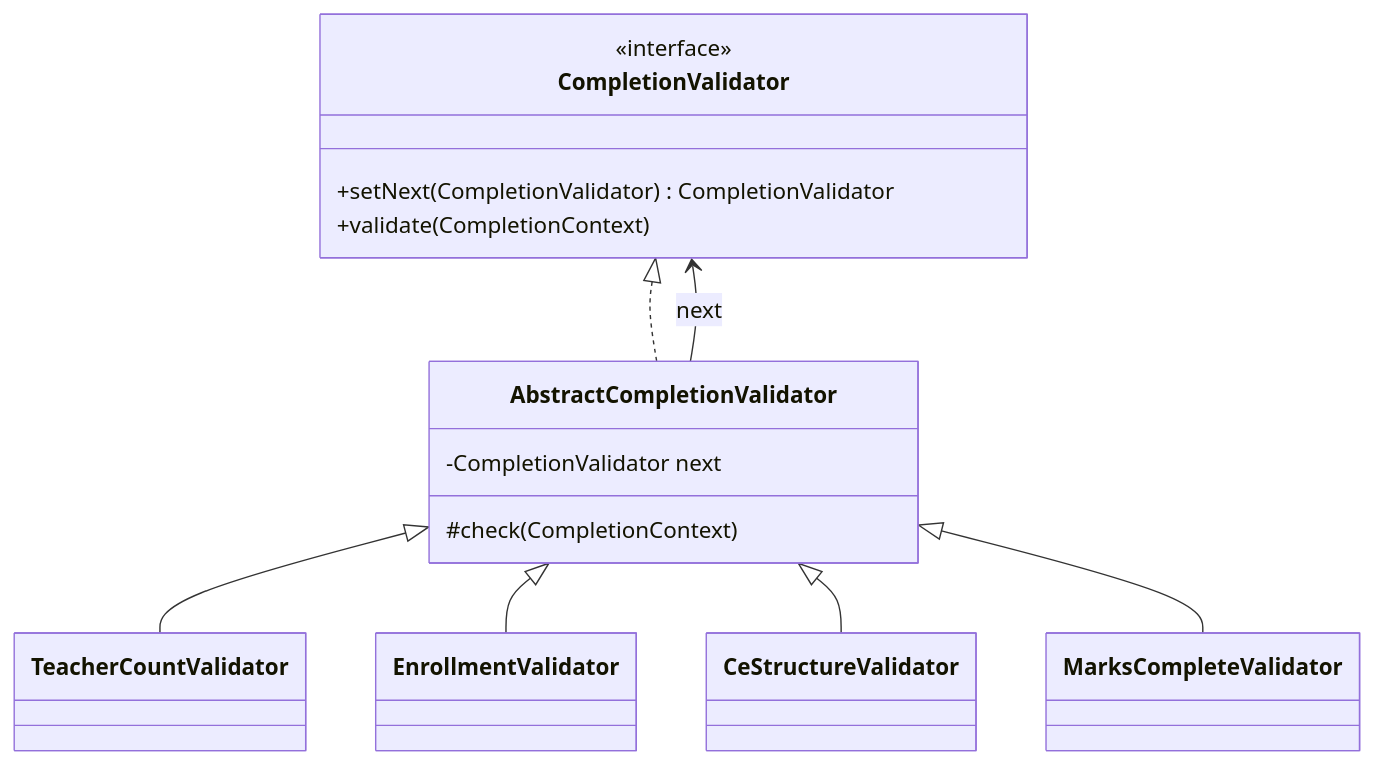
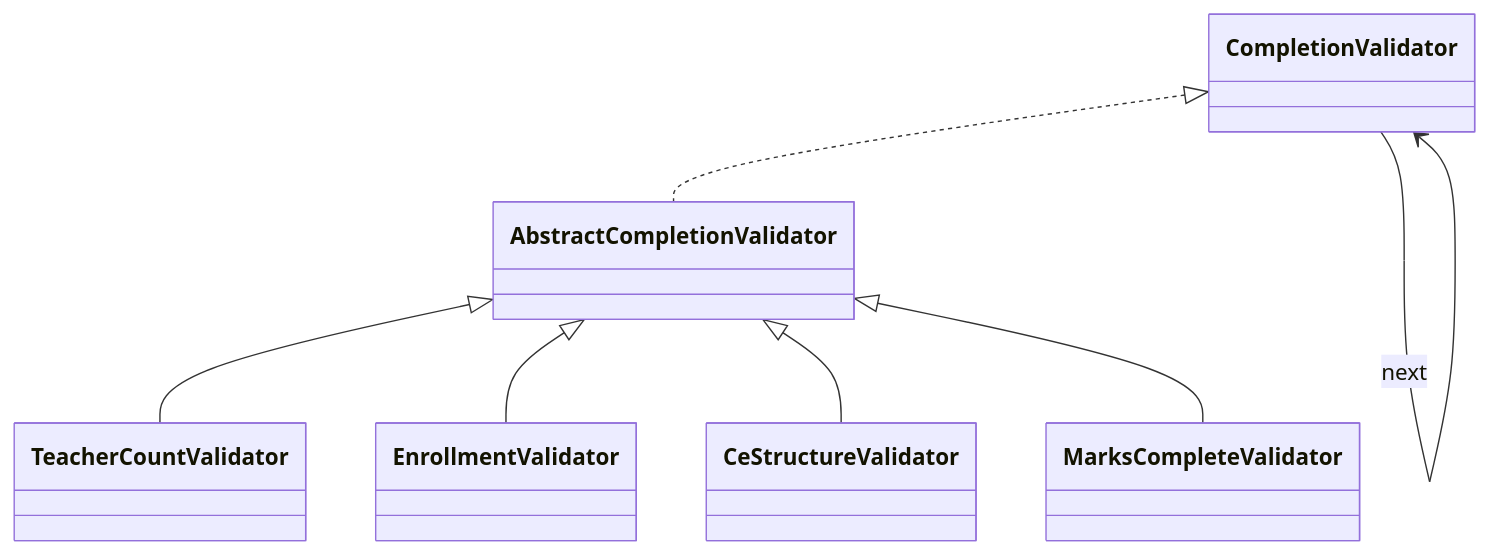
The ninth of 10 diagrams in TECHNICAL_DOCUMENTATION.md (Ashik590/IIT-Management-System), drawn with Mermaid before and after one commit. The commit also changed other lines of this file and 10 other files, not shown here.

````diff
--- a/TECHNICAL_DOCUMENTATION.md
+++ b/TECHNICAL_DOCUMENTATION.md
@@ -599,22 +308,15 @@
 ```mermaid
 classDiagram
-    class CompletionValidator {
-        <<interface>>
-        +setNext(CompletionValidator) CompletionValidator
-        +validate(CompletionContext)
-    }
-    class AbstractCompletionValidator {
-        -CompletionValidator next
-        #check(CompletionContext)
-    }
+    class CompletionValidator
+    class AbstractCompletionValidator
     class TeacherCountValidator
     class EnrollmentValidator
     class CeStructureValidator
     class MarksCompleteValidator
     CompletionValidator <|.. AbstractCompletionValidator
     AbstractCompletionValidator <|-- TeacherCountValidator
     AbstractCompletionValidator <|-- EnrollmentValidator
     AbstractCompletionValidator <|-- CeStructureValidator
     AbstractCompletionValidator <|-- MarksCompleteValidator
-    AbstractCompletionValidator --> CompletionValidator : next
+    CompletionValidator --> CompletionValidator : next
 ```
````
